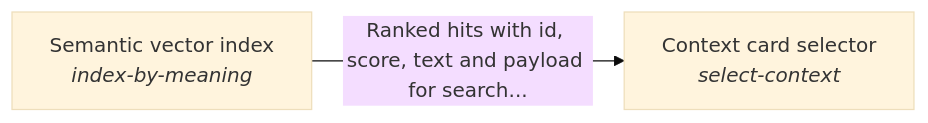
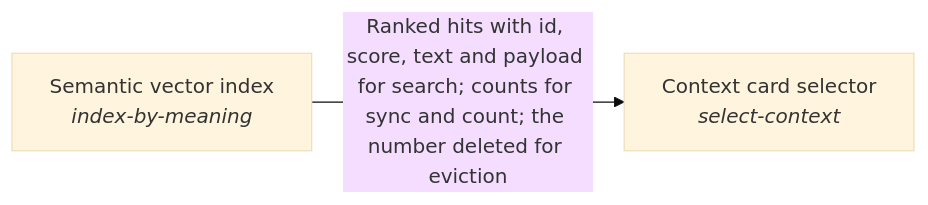
The diagram in quest_ai_runner/select_context/README.md (SpiritualData/quest-ai-runner), drawn with Mermaid (base theme) before and after one commit. The commit also changed other lines of this file and 91 other files, not shown here.

First line of the commit message:
Docs follow the restructured hub: module paths, ids, generated tables, READMEs and diagrams regenerated

````diff
--- a/quest_ai_runner/select_context/README.md
+++ b/quest_ai_runner/select_context/README.md
@@ -17,6 +17,6 @@
 ```mermaid
 flowchart LR
     s0["Context card selector<br/><i>select-context</i>"]
     s1["Semantic vector index<br/><i>index-by-meaning</i>"]
-    s1 -->|"Ranked hits with id, score, text and payload for search..."| s0
+    s1 -->|"Ranked hits with id, score, text and payload for search; counts for sync and count; the number deleted for eviction"| s0
 ```
````
